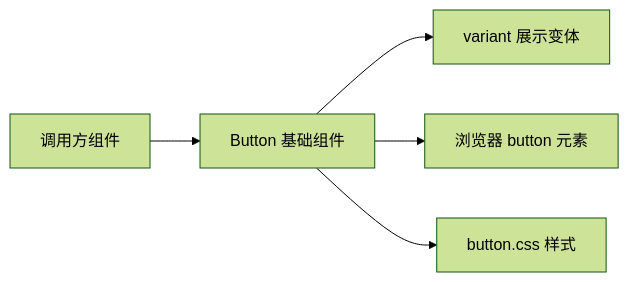
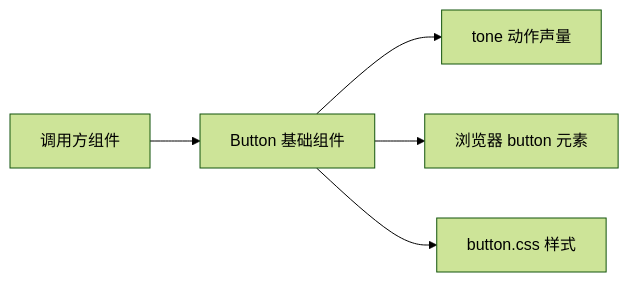
One commit to edsolater/uikit changed the diagram in docs/features/Button基础组件_业务说明.md. Above: the diagram before and after it, drawn with Mermaid (forest theme). The commit also changed other lines of this file and 8 other files, not shown here.

````diff
--- a/docs/features/Button基础组件_业务说明.md
+++ b/docs/features/Button基础组件_业务说明.md
@@ -27,13 +27,13 @@
 ```mermaid
 flowchart LR
   Caller[调用方组件]
   Button[Button 基础组件]
-  Variant[variant 展示变体]
+  Tone[tone 动作声量]
   Native[浏览器 button 元素]
   Style[button.css 样式]
 
   Caller --> Button
-  Button --> Variant
+  Button --> Tone
   Button --> Native
   Button --> Style
 ```
````
